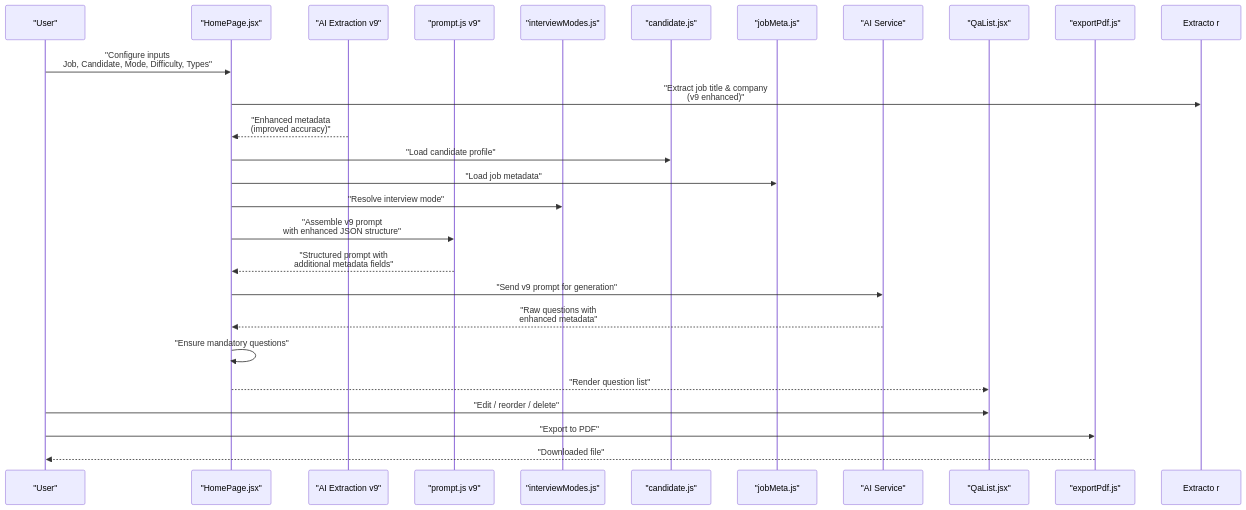
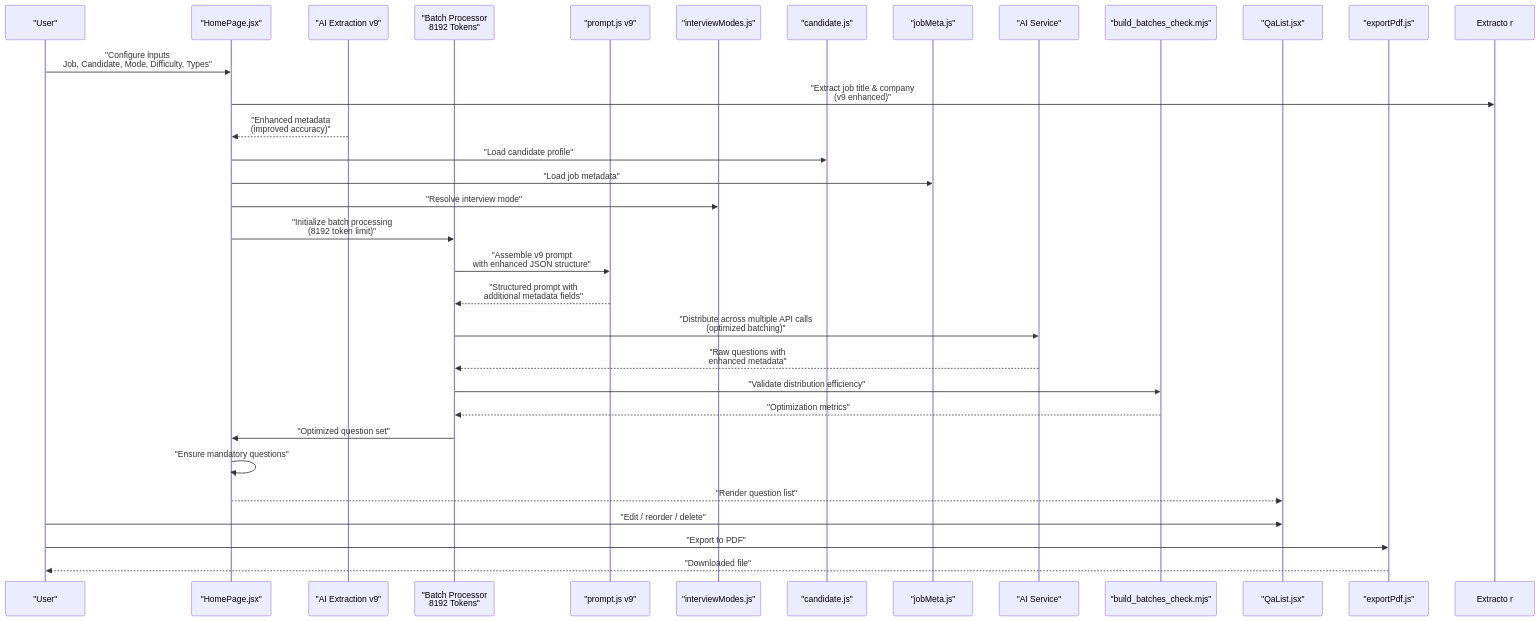
The second of 7 diagrams in .qoder/repowiki/en/content/Core Features/Interview Question Generator/Interview Question Generator.md (zmyeo54/briefroom), drawn with Mermaid before and after one commit. The commit also changed other lines of this file and 13 other files, not shown here.

Commit message:
Remove obsolete files related to the LineCheck React + Vite Web App and add new documentation for Tailwind CSS v4 with custom design tokens and glass-morphism UI. Update index.yaml with the latest export timestamp.

````diff
--- a/.qoder/repowiki/en/content/Core Features/Interview Question Generator/Interview Question Generator.md
+++ b/.qoder/repowiki/en/content/Core Features/Interview Question Generator/Interview Question Generator.md
@@ -135,28 +152,34 @@
 ```mermaid
 sequenceDiagram
 participant User as "User"
 participant Page as "HomePage.jsx"
 participant Extractor as "AI Extraction v9"
+participant Batch as "Batch Processor<br/>8192 Tokens"
 participant Prompt as "prompt.js v9"
 participant Modes as "interviewModes.js"
 participant Cand as "candidate.js"
 participant Job as "jobMeta.js"
 participant Gen as "AI Service"
+participant Validator as "build_batches_check.mjs"
 participant List as "QaList.jsx"
 participant Export as "exportPdf.js"
 User->>Page : "Configure inputs<br/>Job, Candidate, Mode, Difficulty, Types"
 Page->>Extracto r : "Extract job title & company<br/>(v9 enhanced)"
 Extractor-->>Page : "Enhanced metadata<br/>(improved accuracy)"
 Page->>Cand : "Load candidate profile"
 Page->>Job : "Load job metadata"
 Page->>Modes : "Resolve interview mode"
-Page->>Prompt : "Assemble v9 prompt<br/>with enhanced JSON structure"
-Prompt-->>Page : "Structured prompt with<br/>additional metadata fields"
-Page->>Gen : "Send v9 prompt for generation"
-Gen-->>Page : "Raw questions with<br/>enhanced metadata"
+Page->>Batch : "Initialize batch processing<br/>(8192 token limit)"
+Batch->>Prompt : "Assemble v9 prompt<br/>with enhanced JSON structure"
+Prompt-->>Batch : "Structured prompt with<br/>additional metadata fields"
+Batch->>Gen : "Distribute across multiple API calls<br/>(optimized batching)"
+Gen-->>Batch : "Raw questions with<br/>enhanced metadata"
+Batch->>Validator : "Validate distribution efficiency"
+Validator-->>Batch : "Optimization metrics"
+Batch->>Page : "Optimized question set"
 Page->>Page : "Ensure mandatory questions"
 Page-->>List : "Render question list"
 User->>List : "Edit / reorder / delete"
 User->>Export : "Export to PDF"
 Export-->>User : "Downloaded file"
 ```
````
